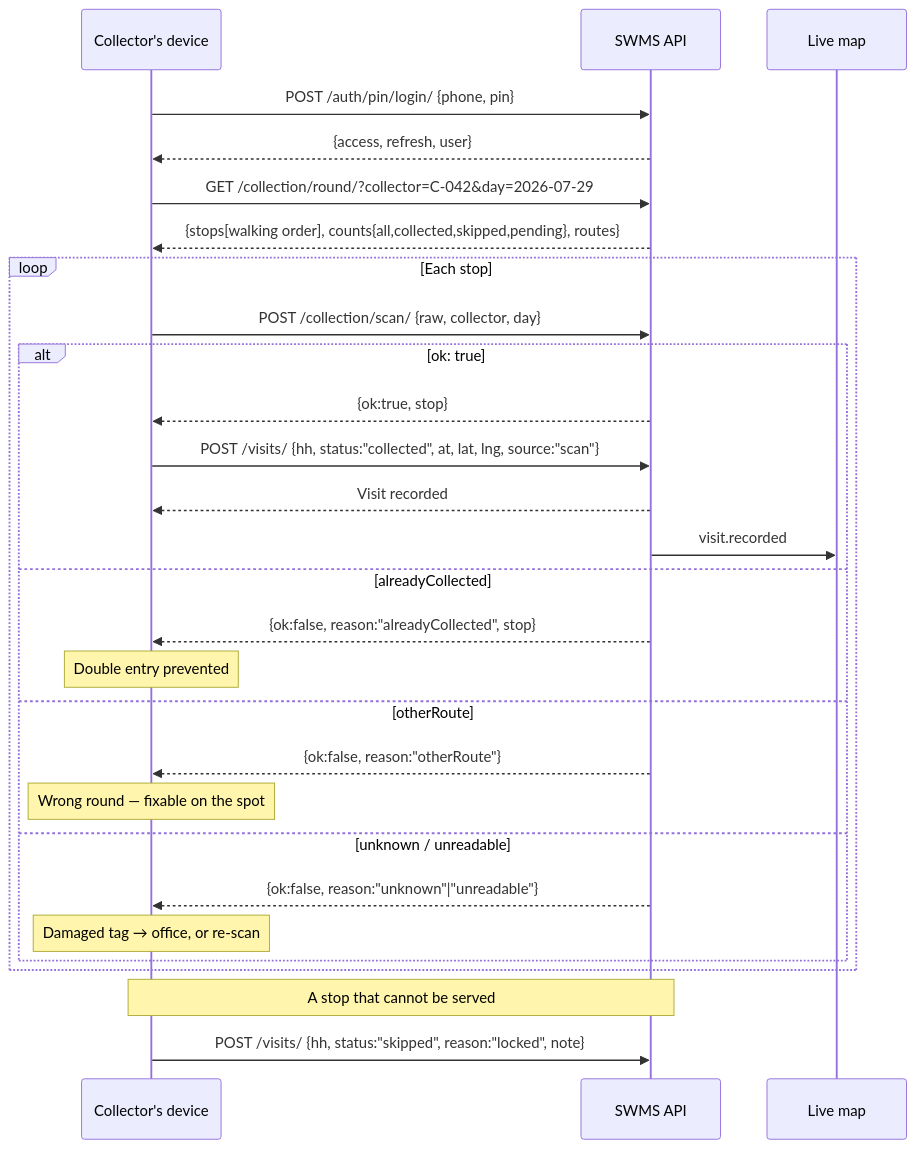
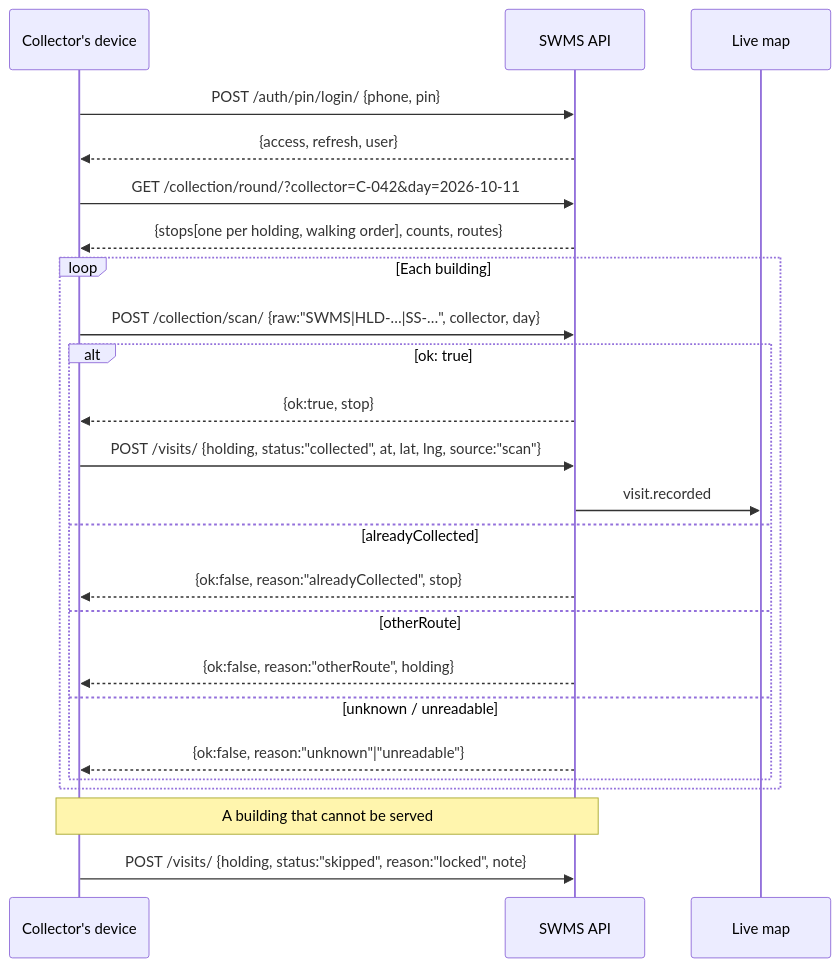
The eighth of 18 diagrams in docs/WORKFLOWS.md (DataMartBD/Solid-Waste-Management), drawn with Mermaid before and after one commit. The commit also changed other lines of this file and 189 other files, not shown here.

First line of the commit message:
Holding-wise, multi-city SWMS: setup, collection day, city dashboard

````diff
--- a/docs/WORKFLOWS.md
+++ b/docs/WORKFLOWS.md
@@ -217,33 +295,29 @@
 ```mermaid
 sequenceDiagram
     participant D as Collector's device
     participant API as SWMS API
     participant WS as Live map
 
     D->>API: POST /auth/pin/login/ {phone, pin}
     API-->>D: {access, refresh, user}
-    D->>API: GET /collection/round/?collector=C-042&day=2026-07-29
-    API-->>D: {stops[walking order], counts{all,collected,skipped,pending}, routes}
+    D->>API: GET /collection/round/?collector=C-042&day=2026-10-11
+    API-->>D: {stops[one per holding, walking order], counts, routes}
 
-    loop Each stop
-        D->>API: POST /collection/scan/ {raw, collector, day}
+    loop Each building
+        D->>API: POST /collection/scan/ {raw:"SWMS|HLD-…|SS-…", collector, day}
         alt ok: true
             API-->>D: {ok:true, stop}
-            D->>API: POST /visits/ {hh, status:"collected", at, lat, lng, source:"scan"}
-            API-->>D: Visit recorded
+            D->>API: POST /visits/ {holding, status:"collected", at, lat, lng, source:"scan"}
             API->>WS: visit.recorded
         else alreadyCollected
             API-->>D: {ok:false, reason:"alreadyCollected", stop}
-            Note over D: Double entry prevented
         else otherRoute
-            API-->>D: {ok:false, reason:"otherRoute"}
-            Note over D: Wrong round — fixable on the spot
+            API-->>D: {ok:false, reason:"otherRoute", holding}
         else unknown / unreadable
             API-->>D: {ok:false, reason:"unknown"|"unreadable"}
-            Note over D: Damaged tag → office, or re-scan
         end
     end
 
-    Note over D,API: A stop that cannot be served
-    D->>API: POST /visits/ {hh, status:"skipped", reason:"locked", note}
+    Note over D,API: A building that cannot be served
+    D->>API: POST /visits/ {holding, status:"skipped", reason:"locked", note}
 ```
````
